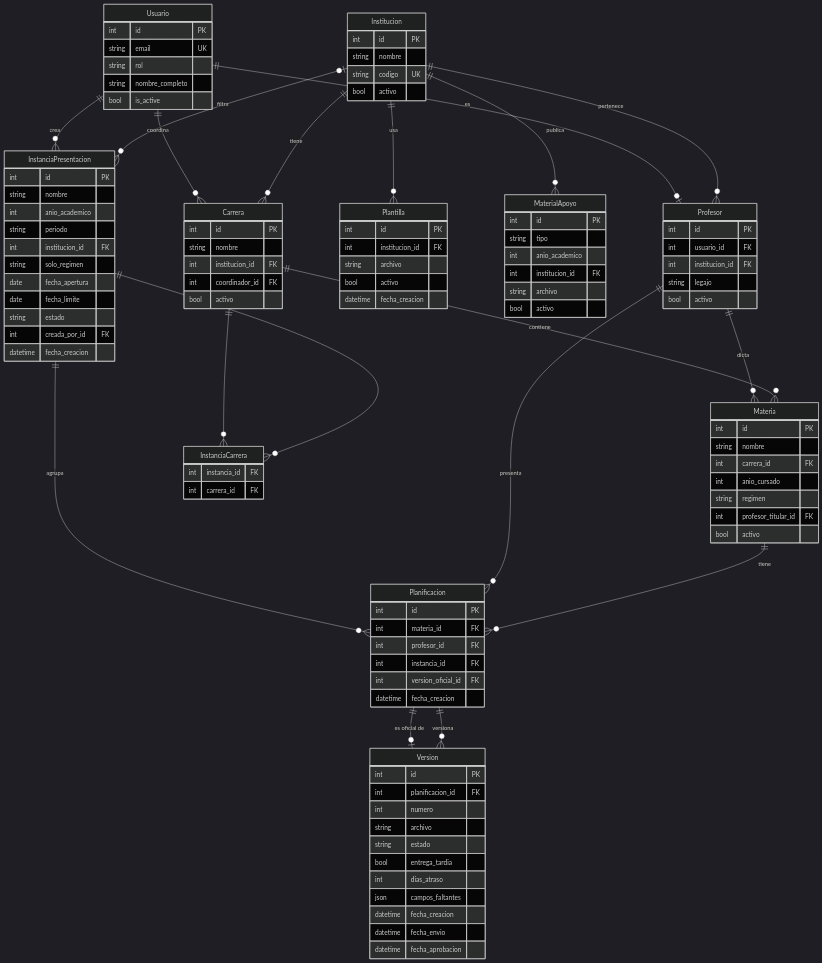
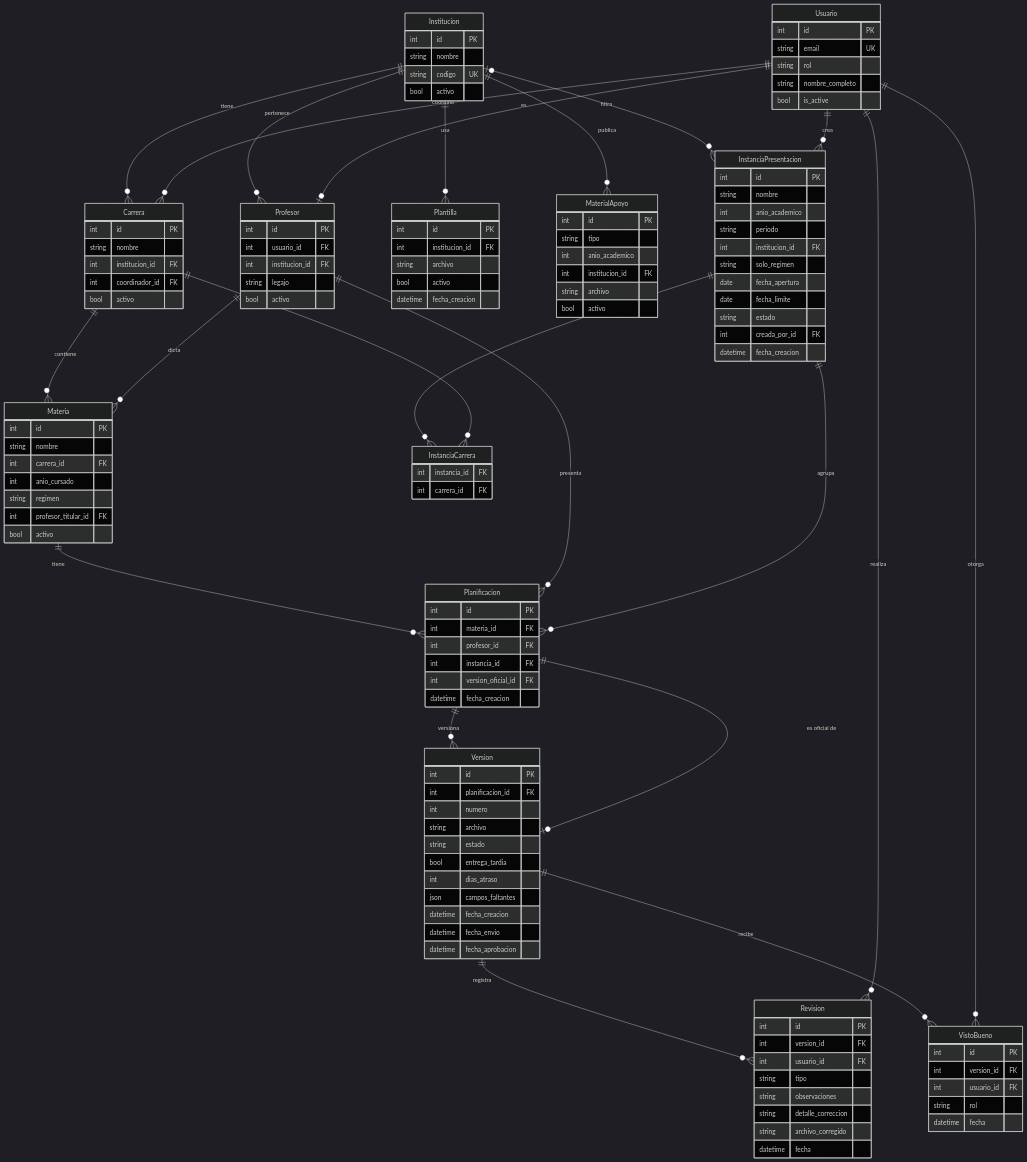
Before and after one commit to NicoMiretti/planificacion-ices: the first of 2 diagrams in docs/05-modelo/modelo-de-datos.md, drawn with Mermaid (dark theme). The commit also changed other lines of this file and 13 other files, not shown here.

````diff
--- a/docs/05-modelo/modelo-de-datos.md
+++ b/docs/05-modelo/modelo-de-datos.md
@@ -114,6 +114,26 @@
         datetime fecha_aprobacion
     }
 
+    %% =================== REVISIONES ===================
+    Revision {
+        int id PK
+        int version_id FK
+        int usuario_id FK
+        string tipo
+        string observaciones
+        string detalle_correccion
+        string archivo_corregido
+        datetime fecha
+    }
+
+    VistoBueno {
+        int id PK
+        int version_id FK
+        int usuario_id FK
+        string rol
+        datetime fecha
+    }
+
     %% =================== RELACIONES ===================
 
     %% Catálogos
@@ -138,4 +158,10 @@
     InstanciaPresentacion ||--o{ Planificacion : "agrupa"
     Planificacion ||--o{ Version : "versiona"
     Version |o--|| Planificacion : "es oficial de"
+
+    %% Revisiones
+    Version ||--o{ Revision : "registra"
+    Usuario ||--o{ Revision : "realiza"
+    Version ||--o{ VistoBueno : "recibe"
+    Usuario ||--o{ VistoBueno : "otorga"
 ```
````
